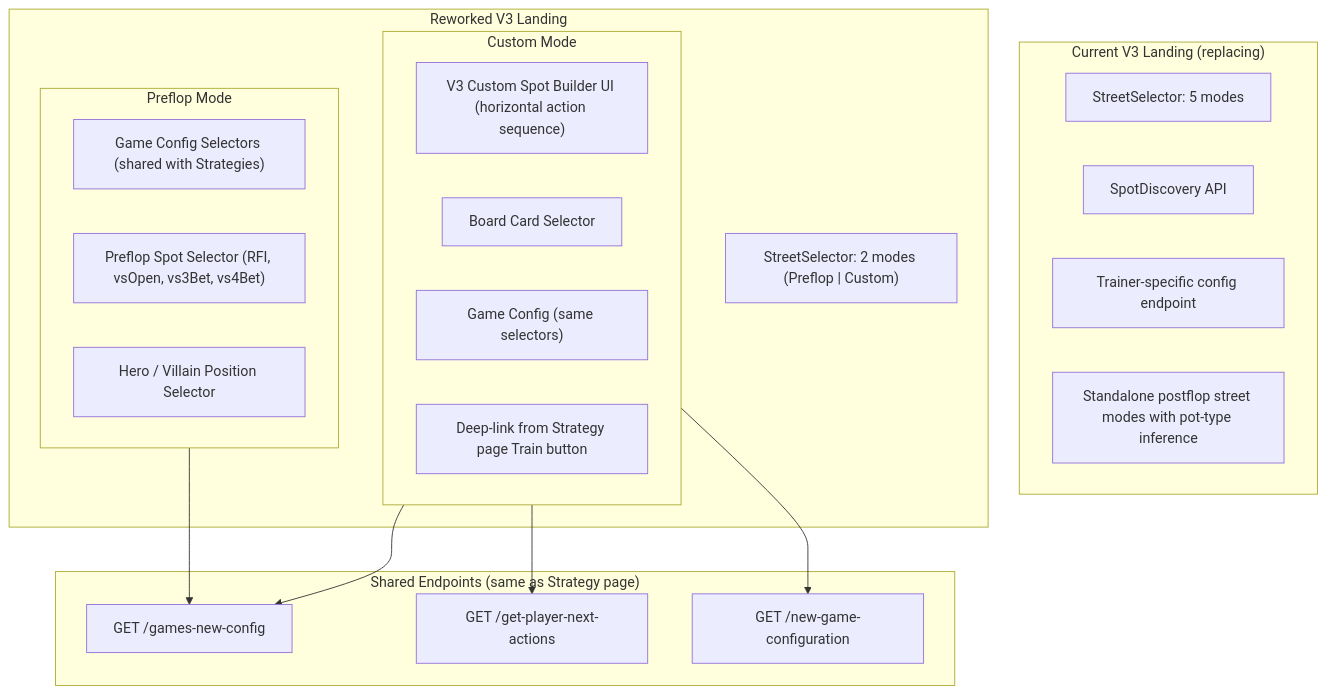
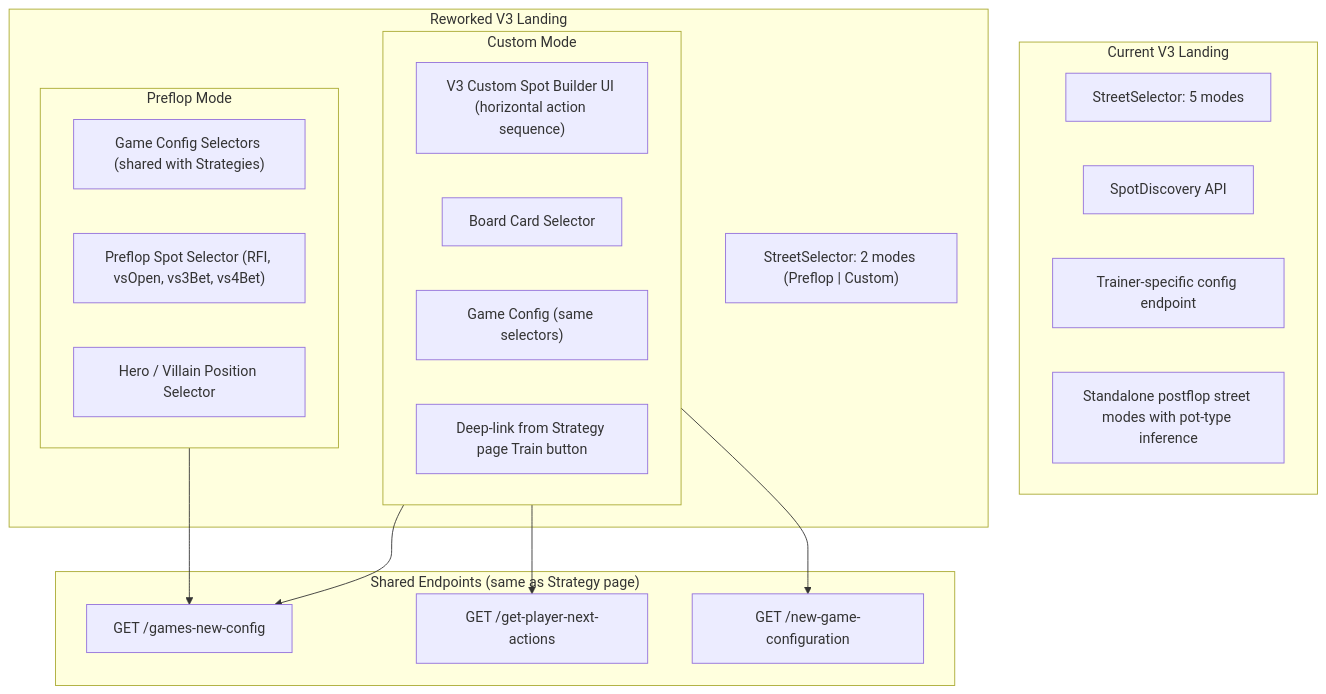
The diagram in canshare.md (SidVedi/Hack2024), drawn with Mermaid before and after one commit. The commit also changed other lines of this file, not shown here.

````diff
--- a/canshare.md
+++ b/canshare.md
@@ -42,35 +42,35 @@
 ```mermaid
 flowchart TB
-  subgraph current ["Current V3 Landing (replacing)"]
+  subgraph current ["Current V3 Landing"]
     SS["StreetSelector: 5 modes"]
     SD["SpotDiscovery API"]
     TGC["Trainer-specific config endpoint"]
     PF["Standalone postflop street modes with pot-type inference"]
   end
 
   subgraph reworked ["Reworked V3 Landing"]
     SS2["StreetSelector: 2 modes (Preflop | Custom)"]
     subgraph preflop ["Preflop Mode"]
       GC["Game Config Selectors (shared with Strategies)"]
       PS["Preflop Spot Selector (RFI, vsOpen, vs3Bet, vs4Bet)"]
       POS["Hero / Villain Position Selector"]
     end
     subgraph custom ["Custom Mode"]
       CSB["V3 Custom Spot Builder UI (horizontal action sequence)"]
       BCM["Board Card Selector"]
       GC2["Game Config (same selectors)"]
       DL["Deep-link from Strategy page Train button"]
     end
   end
 
   subgraph endpoints ["Shared Endpoints (same as Strategy page)"]
     GNC["GET /games-new-config"]
     GPNA["GET /get-player-next-actions"]
     NGC["GET /new-game-configuration"]
   end
 
   preflop --> GNC
   custom --> GNC
   custom --> GPNA
   custom --> NGC
 ```
````
